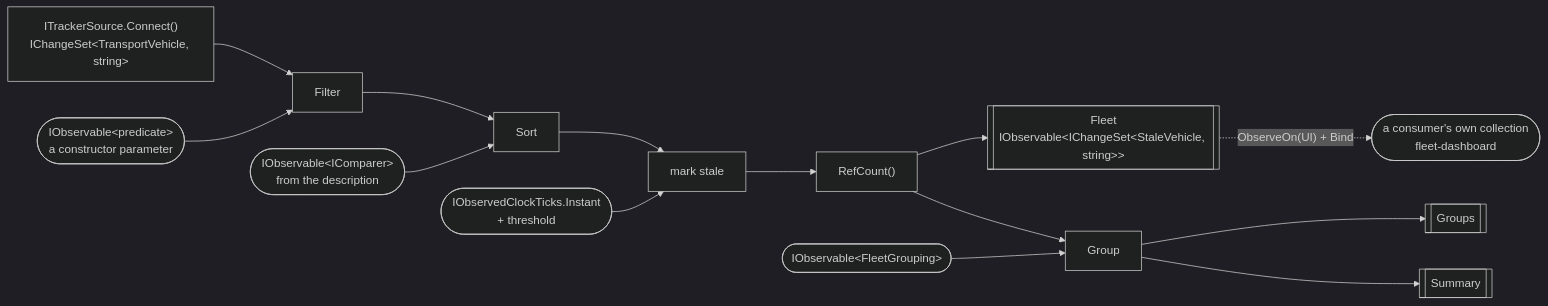
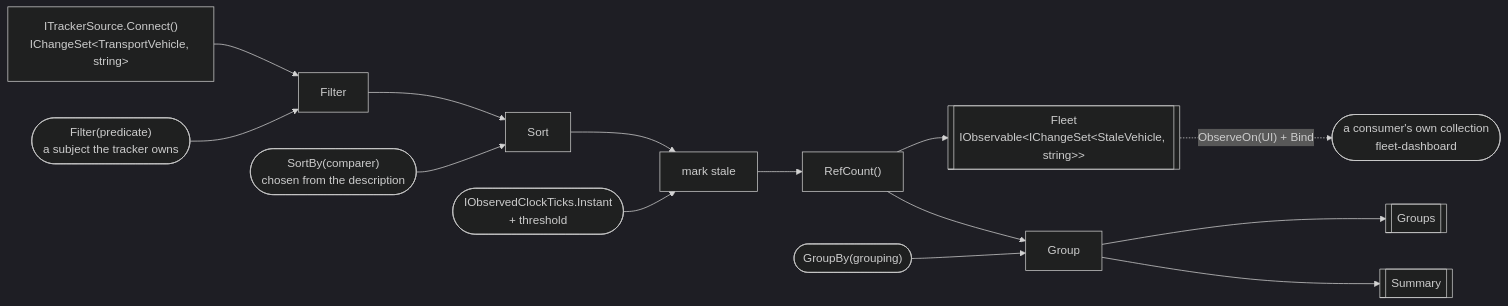
One commit to RLittlesII/Transporter changed the first of 2 diagrams in features/fleet-pipeline/.spec/README.md. Above: the diagram before and after it, drawn with Mermaid (dark theme). The commit also changed other lines of this file and 7 other files, not shown here.

First line of the commit message:
docs: the tracker's four inputs become methods over subjects it owns

````diff
--- a/features/fleet-pipeline/.spec/README.md
+++ b/features/fleet-pipeline/.spec/README.md
@@ -282,16 +315,16 @@
 ```mermaid
 flowchart LR
     src["ITrackerSource.Connect()<br/>IChangeSet&lt;TransportVehicle, string&gt;"] --> filter
-    predicate(["IObservable&lt;predicate&gt;<br/>a constructor parameter"]) --> filter
+    predicate(["Filter(predicate)<br/>a subject the tracker owns"]) --> filter
     filter["Filter"] --> sort
-    comparer(["IObservable&lt;IComparer&gt;<br/>from the description"]) --> sort
+    comparer(["SortBy(comparer)<br/>chosen from the description"]) --> sort
     sort["Sort"] --> stale
     clock(["IObservedClockTicks.Instant<br/>+ threshold"]) --> stale
     stale["mark stale"] --> share["RefCount()"]
     share --> fleet[["Fleet<br/>IObservable&lt;IChangeSet&lt;StaleVehicle, string&gt;&gt;"]]
     share --> group["Group"]
-    grouping(["IObservable&lt;FleetGrouping&gt;"]) --> group
+    grouping(["GroupBy(grouping)"]) --> group
     group --> groups[["Groups"]]
     group --> summary[["Summary"]]
     fleet -.->|"ObserveOn(UI) + Bind"| vm(["a consumer's own collection<br/>fleet-dashboard"])
 ```
````
